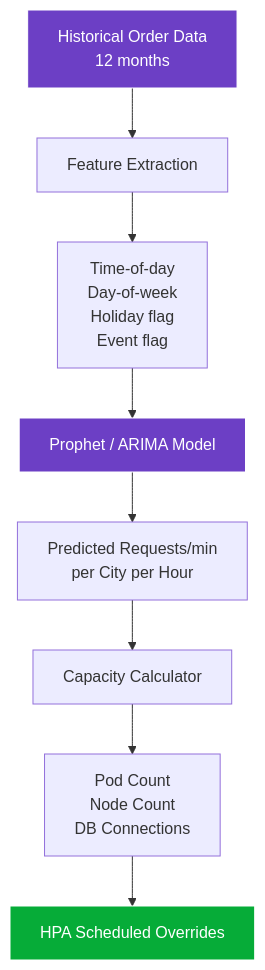
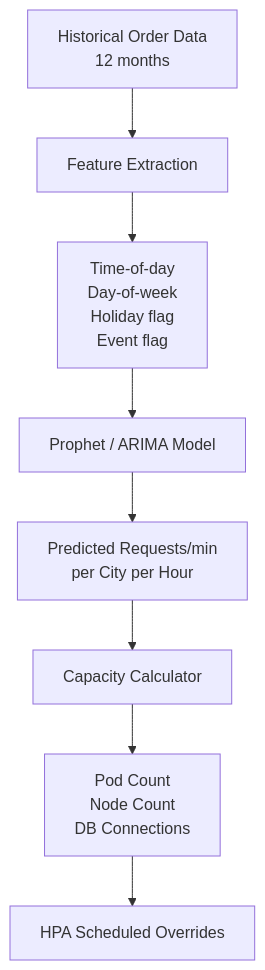
One commit to rishikeshdhokare/platform-manifesto changed the second of 4 diagrams in 04-infrastructure-and-cloud/06-capacity-planning.md. Above: the diagram before and after it, drawn with Mermaid. The commit also changed other lines of this file and 14 other files, not shown here.

First line of the commit message:
fix: remove mermaid style directives (119 lines across 15 files)

````diff
--- a/04-infrastructure-and-cloud/06-capacity-planning.md
+++ b/04-infrastructure-and-cloud/06-capacity-planning.md
@@ -77,14 +72,11 @@
 ```mermaid
 flowchart TD
     A[Historical Order Data\n12 months] --> B[Feature Extraction]
     B --> C[Time-of-day\nDay-of-week\nHoliday flag\nEvent flag]
     C --> D[Prophet / ARIMA Model]
     D --> E[Predicted Requests/min\nper City per Hour]
     E --> F[Capacity Calculator]
     F --> G[Pod Count\nNode Count\nDB Connections]
     G --> H[HPA Scheduled Overrides]
 
-    style A fill:#6C3FC5,stroke:#fff,color:#fff
-    style D fill:#6C3FC5,stroke:#fff,color:#fff
-    style H fill:#06AC38,stroke:#fff,color:#fff
 ```
````
